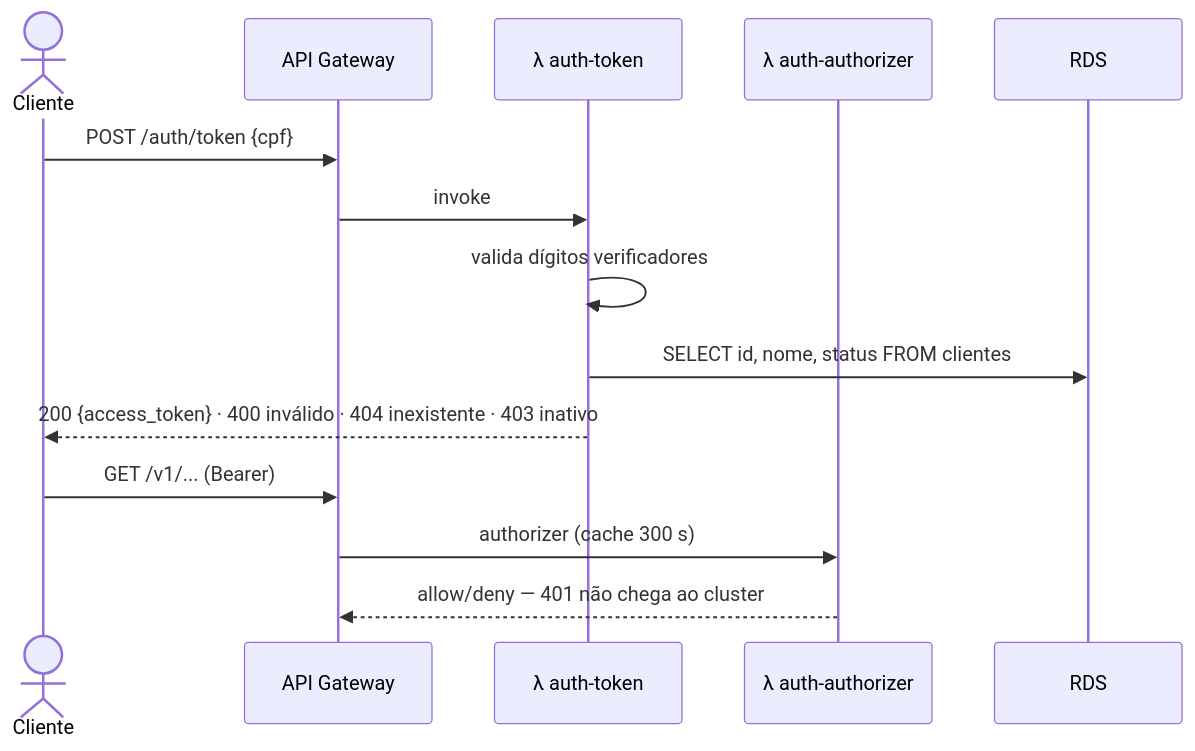
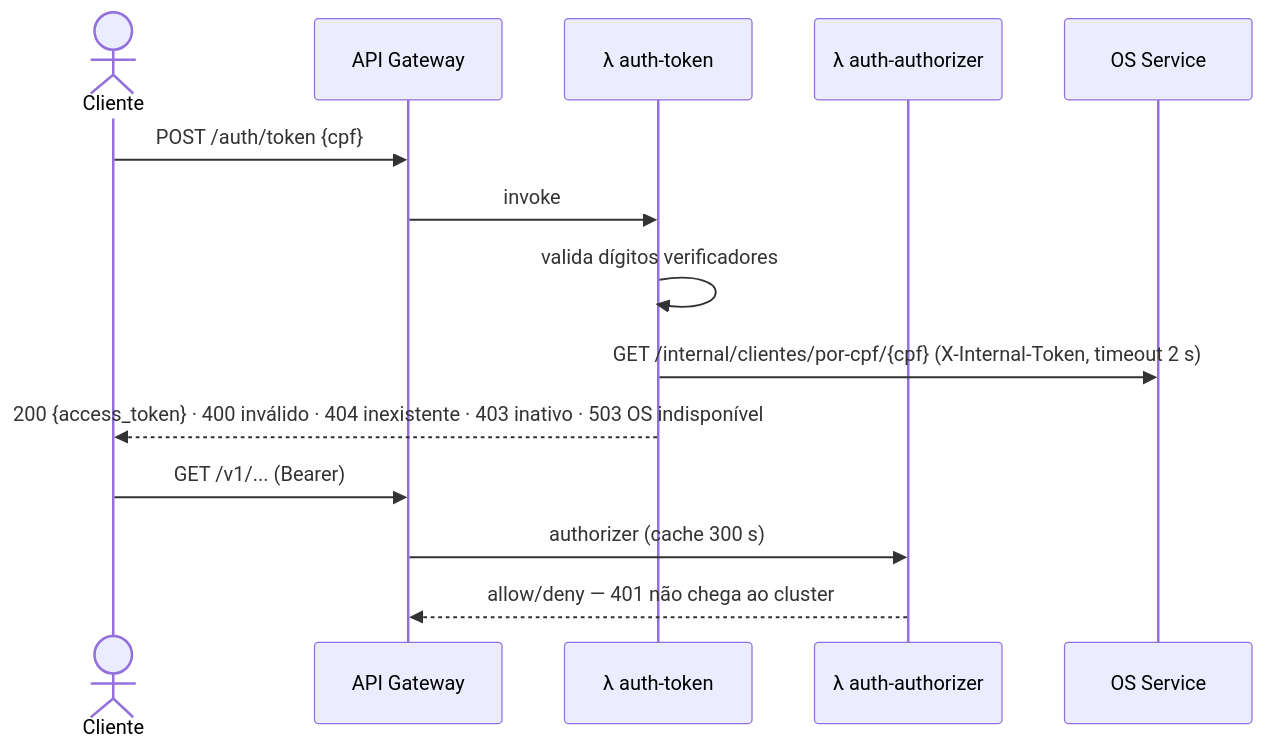
One commit to ProblemaTheu/oficina-lambda-auth changed the diagram in README.md. Above: the diagram before and after it, drawn with Mermaid. The commit also changed other lines of this file and 10 other files, not shown here.

First line of the commit message:
feat(fase4): auth-token consulta o OS por REST interno e Gateway roteia os 3 serviços (F4-1.5, F4-6.5)

````diff
--- a/README.md
+++ b/README.md
@@ -9,16 +11,16 @@
 ```mermaid
 sequenceDiagram
     actor C as Cliente
     participant GW as API Gateway
     participant T as λ auth-token
     participant A as λ auth-authorizer
-    participant DB as RDS
+    participant OS as OS Service
     C->>GW: POST /auth/token {cpf}
     GW->>T: invoke
     T->>T: valida dígitos verificadores
-    T->>DB: SELECT id, nome, status FROM clientes
-    T-->>C: 200 {access_token} · 400 inválido · 404 inexistente · 403 inativo
+    T->>OS: GET /internal/clientes/por-cpf/{cpf} (X-Internal-Token, timeout 2 s)
+    T-->>C: 200 {access_token} · 400 inválido · 404 inexistente · 403 inativo · 503 OS indisponível
     C->>GW: GET /v1/... (Bearer)
     GW->>A: authorizer (cache 300 s)
     A-->>GW: allow/deny — 401 não chega ao cluster
 ```
````
